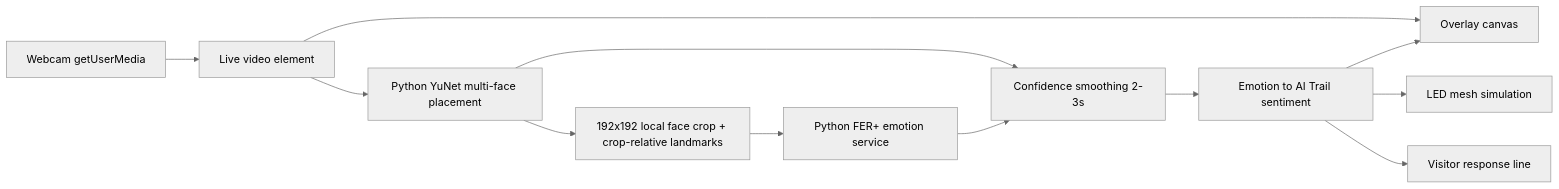
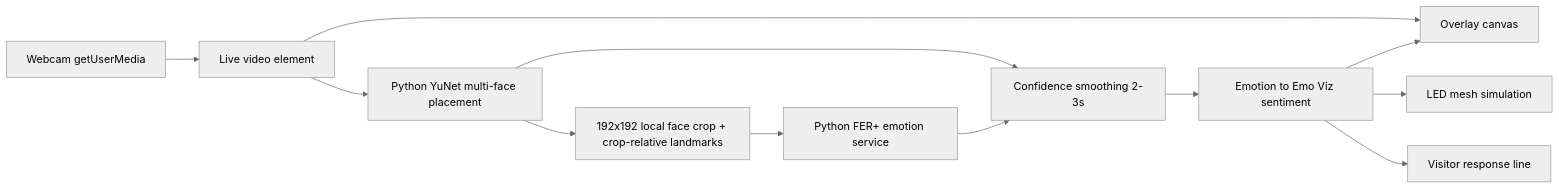
Before and after one commit to Kingsmen-Almaty/emo-viz-prototype: the diagram in docs/implementation-plan.md, drawn with Mermaid (neutral theme). The commit also changed other lines of this file and 14 other files, not shown here.

Commit message:
feat: rename prototype to emo viz

````diff
--- a/docs/implementation-plan.md
+++ b/docs/implementation-plan.md
@@ -11,14 +11,14 @@
 ```mermaid
 flowchart LR
   Camera["Webcam getUserMedia"] --> Video["Live video element"]
   Video --> Placement["Python YuNet multi-face placement"]
   Placement --> Smoothing["Confidence smoothing 2-3s"]
-  Smoothing --> Mapping["Emotion to AI Trail sentiment"]
+  Smoothing --> Mapping["Emotion to Emo Viz sentiment"]
   Video --> Canvas["Overlay canvas"]
   Mapping --> Canvas
   Mapping --> LEDSim["LED mesh simulation"]
   Mapping --> Copy["Visitor response line"]
   Placement --> Sample["192x192 local face crop + crop-relative landmarks"]
   Sample --> Backend["Python FER+ emotion service"]
   Backend --> Smoothing
 ```
````
